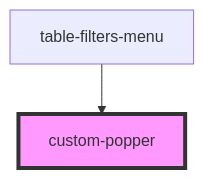
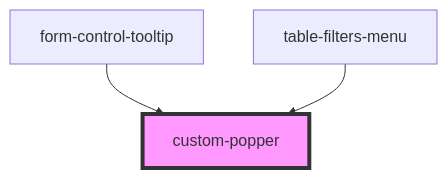
Before and after one commit to justifi-tech/web-component-library: the diagram in packages/webcomponents/src/ui-components/custom-popper/readme.md, drawn with Mermaid. The commit also changed other lines of this file and 20 other files, not shown here.

````diff
--- a/packages/webcomponents/src/ui-components/custom-popper/readme.md
+++ b/packages/webcomponents/src/ui-components/custom-popper/readme.md
@@ -34,5 +35,6 @@
 ```mermaid
 graph TD;
+  form-control-tooltip --> custom-popper
   table-filters-menu --> custom-popper
   style custom-popper fill:#f9f,stroke:#333,stroke-width:4px
 ```
````
